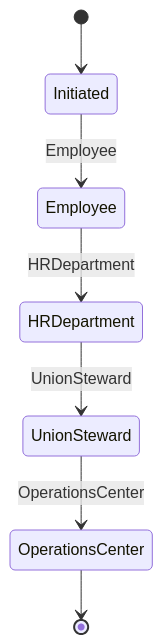
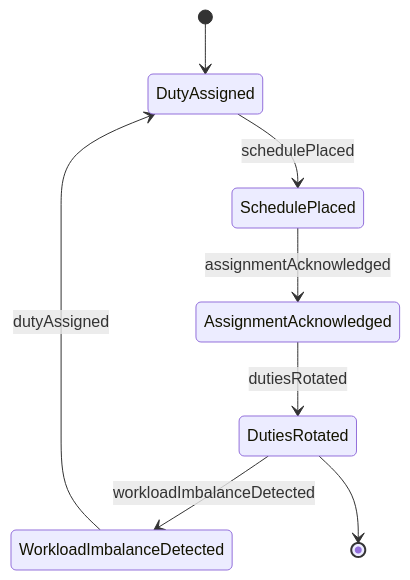
One commit to dot-org-ai/tasks.org.ai changed the second of 4 diagrams in GuidingDirectingAndMotivatingSubordinates/AssignWorkToOthers/AssignDutiesWorkSchedulesEmployees.mdx. Above: the diagram before and after it, drawn with Mermaid. The commit also changed other lines of this file and 515 other files, not shown here.

````diff
--- a/GuidingDirectingAndMotivatingSubordinates/AssignWorkToOthers/AssignDutiesWorkSchedulesEmployees.mdx
+++ b/GuidingDirectingAndMotivatingSubordinates/AssignWorkToOthers/AssignDutiesWorkSchedulesEmployees.mdx
@@ -95,9 +97,10 @@
 ```mermaid
 stateDiagram-v2
-    [*] --> Initiated
-    Initiated --> Employee: Employee
-    Employee --> HRDepartment: HRDepartment
-    HRDepartment --> UnionSteward: UnionSteward
-    UnionSteward --> OperationsCenter: OperationsCenter
-    OperationsCenter --> [*]
+    [*] --> DutyAssigned
+    DutyAssigned --> SchedulePlaced : schedulePlaced
+    SchedulePlaced --> AssignmentAcknowledged : assignmentAcknowledged
+    AssignmentAcknowledged --> DutiesRotated : dutiesRotated
+    DutiesRotated --> WorkloadImbalanceDetected : workloadImbalanceDetected
+    WorkloadImbalanceDetected --> DutyAssigned : dutyAssigned
+    DutiesRotated --> [*]
 ```
````
